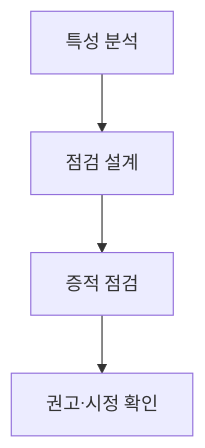
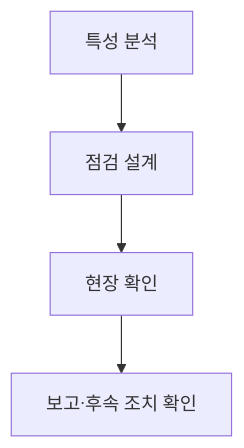
The first of 2 diagrams in src/content/docs/notes/itpe/01-it-strategy/102_intelligent_information_technology_audit_guide.md (agnusdei1207/study), drawn with Mermaid before and after one commit. The commit also changed other lines of this file and 4 other files, not shown here.

````diff
--- a/src/content/docs/notes/itpe/01-it-strategy/102_intelligent_information_technology_audit_guide.md
+++ b/src/content/docs/notes/itpe/01-it-strategy/102_intelligent_information_technology_audit_guide.md
@@ -131,4 +61,4 @@
 ```mermaid
 flowchart TD
-    S1["특성 분석"] --> S2["점검 설계"] --> S3["증적 점검"] --> S4["권고·시정 확인"]
+    S1["특성 분석"] --> S2["점검 설계"] --> S3["현장 확인"] --> S4["보고·후속 조치 확인"]
 ```
````
